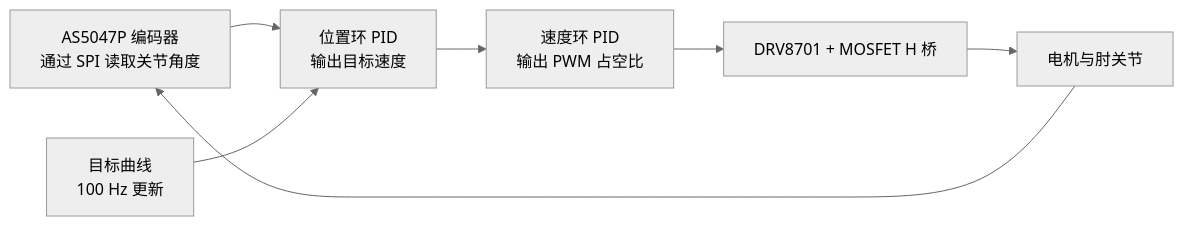
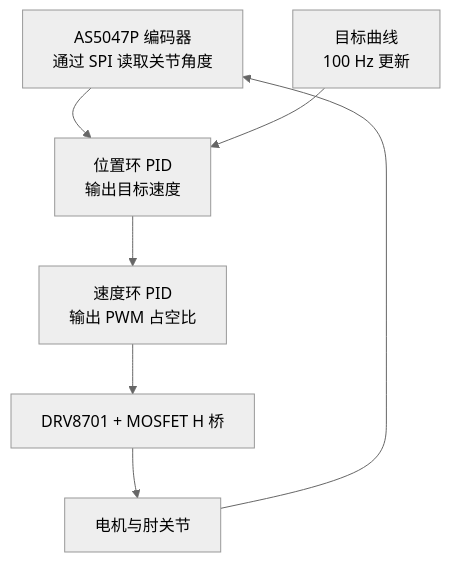
Before and after one commit to Domy-MANS/MANS: the diagram in README.zh-CN.md, drawn with Mermaid (neutral theme). The commit also changed 3 other files, not shown here.

Commit message:
Fix the README logo and diagram layout

````diff
--- a/README.zh-CN.md
+++ b/README.zh-CN.md
@@ -20,9 +20,9 @@
 ```mermaid
-flowchart LR
+flowchart TD
     A["AS5047P 编码器<br/>通过 SPI 读取关节角度"] --> B["位置环 PID<br/>输出目标速度"]
     T["目标曲线<br/>100 Hz 更新"] --> B
     B --> C["速度环 PID<br/>输出 PWM 占空比"]
     C --> D["DRV8701 + MOSFET H 桥"]
     D --> E["电机与肘关节"]
     E --> A
 ```
````
